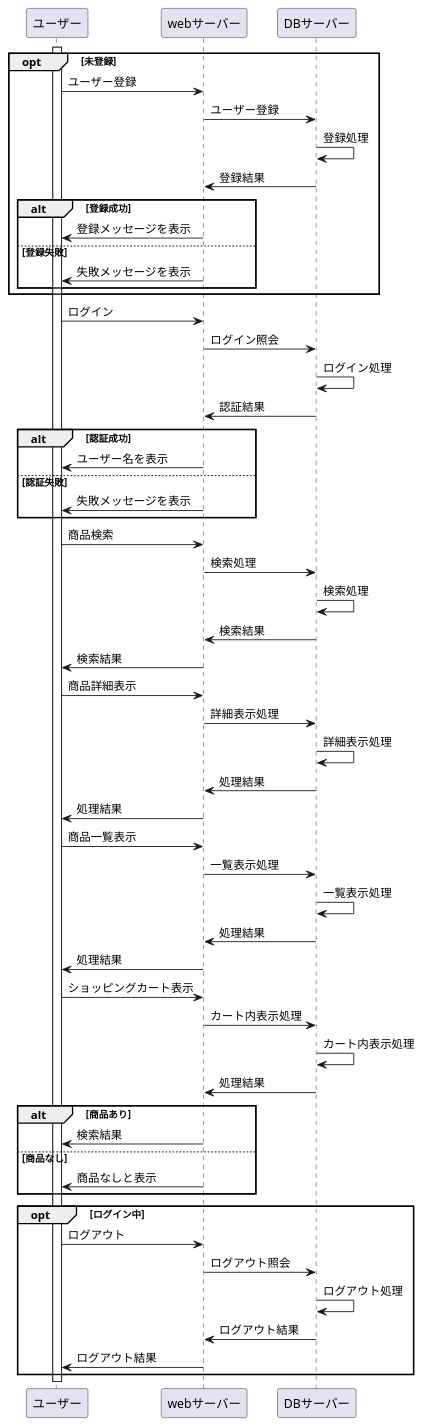
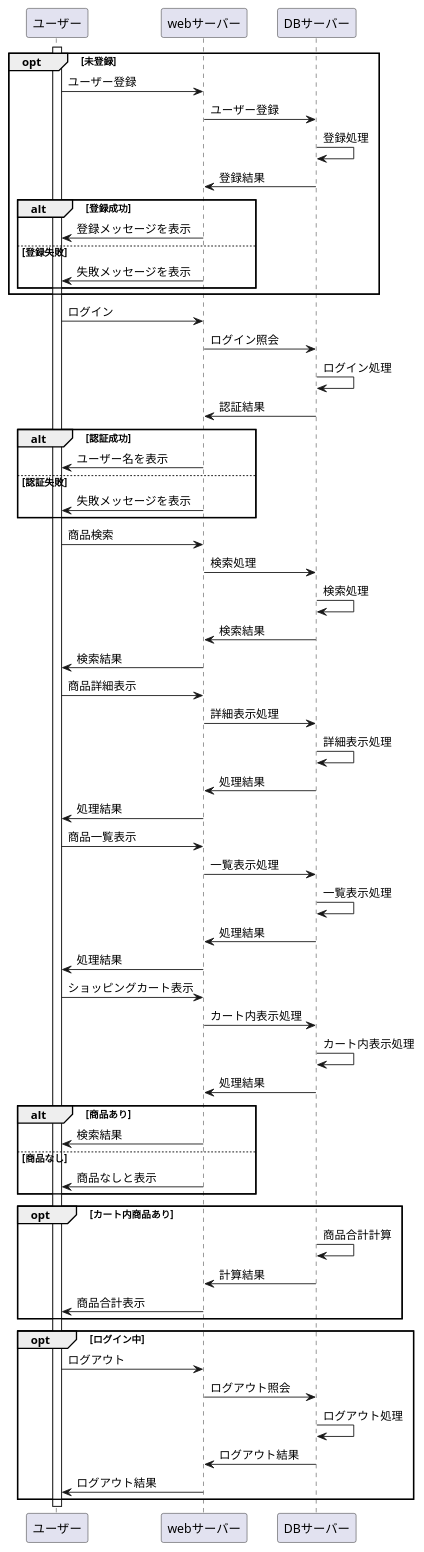
The diagram in samplef.md (Aso2001160/2021sys-design), drawn with PlantUML before and after one commit.

````diff
--- a/samplef.md
+++ b/samplef.md
@@ -1,65 +1,71 @@
 ```uml
 @startuml
 opt 未登録
 ユーザー->webサーバー:ユーザー登録
 webサーバー->DBサーバー:ユーザー登録
 DBサーバー->DBサーバー:登録処理
 DBサーバー->webサーバー:登録結果
  alt 登録成功
   webサーバー->ユーザー:登録メッセージを表示
  else 登録失敗
   webサーバー->ユーザー:失敗メッセージを表示
  end
 end
 
 
 ユーザー->webサーバー:ログイン
 webサーバー->DBサーバー:ログイン照会
 DBサーバー->DBサーバー:ログイン処理
 DBサーバー->webサーバー:認証結果
 
 alt 認証成功
  webサーバー->ユーザー:ユーザー名を表示
 else 認証失敗
  webサーバー->ユーザー:失敗メッセージを表示
 end
 
 ユーザー->webサーバー:商品検索
 webサーバー->DBサーバー:検索処理
 DBサーバー->DBサーバー:検索処理
 DBサーバー->webサーバー:検索結果
 webサーバー->ユーザー:検索結果
 
 ユーザー->webサーバー:商品詳細表示
 webサーバー->DBサーバー:詳細表示処理
 DBサーバー->DBサーバー:詳細表示処理
 DBサーバー->webサーバー:処理結果
 webサーバー->ユーザー:処理結果
 
 ユーザー->webサーバー:商品一覧表示
 webサーバー->DBサーバー:一覧表示処理
 DBサーバー->DBサーバー:一覧表示処理
 DBサーバー->webサーバー:処理結果
 webサーバー->ユーザー:処理結果
 
 ユーザー->webサーバー:ショッピングカート表示
 webサーバー->DBサーバー:カート内表示処理
 DBサーバー->DBサーバー:カート内表示処理
 DBサーバー->webサーバー:処理結果
 alt 商品あり
 webサーバー->ユーザー:検索結果
 else 商品なし
 webサーバー->ユーザー:商品なしと表示
 end
 
+opt カート内商品あり
+DBサーバー->DBサーバー:商品合計計算
+DBサーバー->webサーバー:計算結果
+webサーバー->ユーザー:商品合計表示
+end
+
 opt ログイン中
 ユーザー->webサーバー:ログアウト
 webサーバー->DBサーバー:ログアウト照会
 DBサーバー->DBサーバー:ログアウト処理
 DBサーバー->webサーバー:ログアウト結果
 webサーバー->ユーザー:ログアウト結果
 end
 
 activate ユーザー
 @enduml
 ```
````
